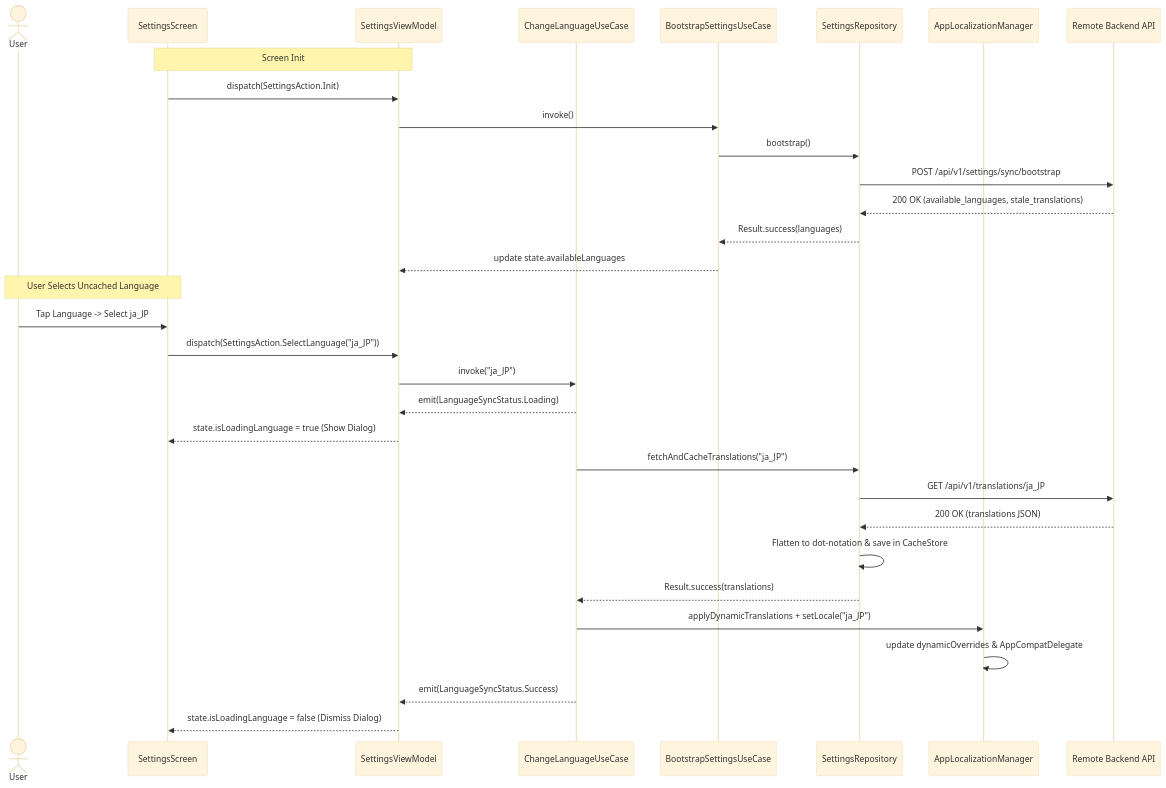
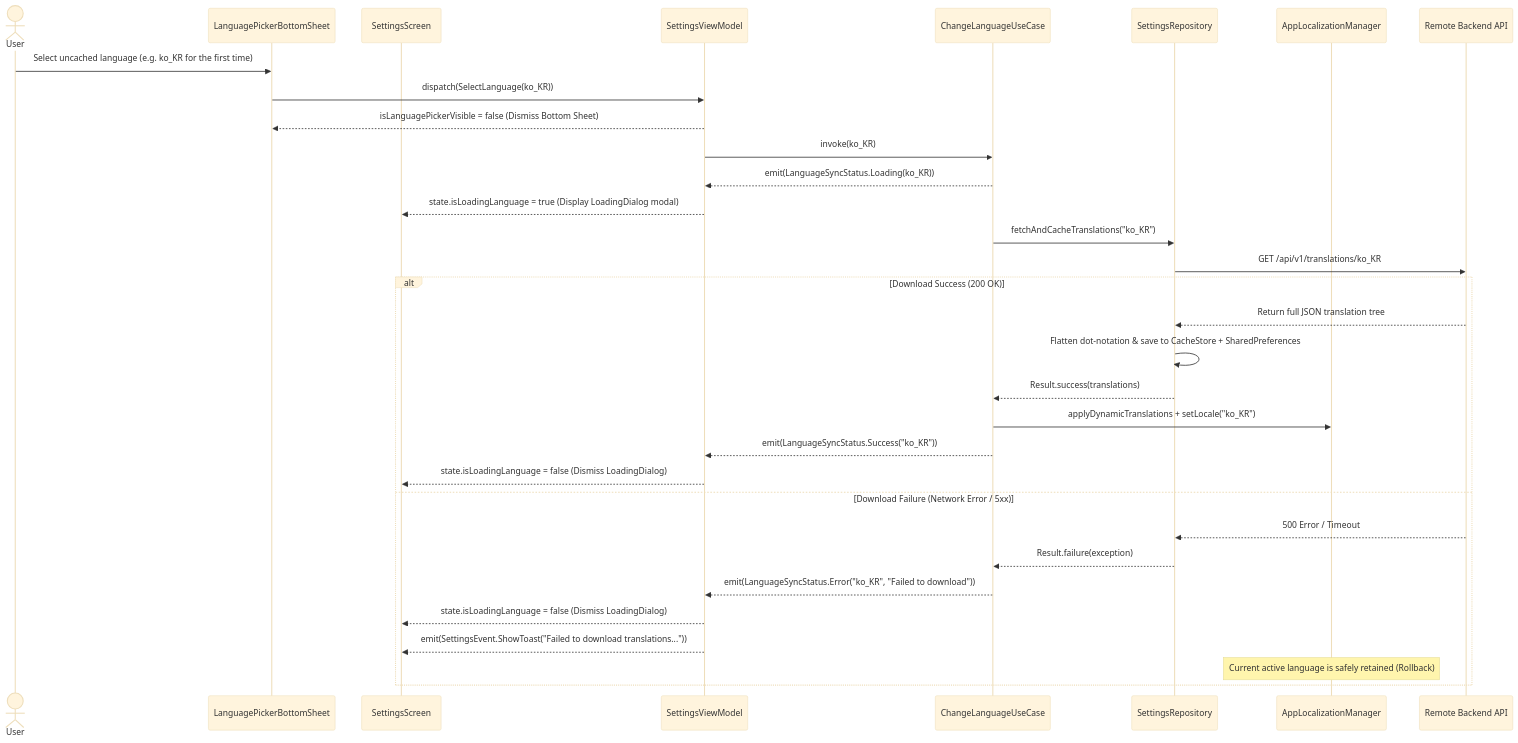
Before and after one commit to DanhDue/android_digital_wallet: the sixth of 6 diagrams in .devtool/epic/settings_language_darkmode/settings_language_darkmode.en.md, drawn with Mermaid (base theme). The commit also changed other lines of this file and 61 other files, not shown here.

Commit message:
[SETTINGS-LANGUAGE-DARKMODE] fix bugs and update use cases.

````diff
--- a/.devtool/epic/settings_language_darkmode/settings_language_darkmode.en.md
+++ b/.devtool/epic/settings_language_darkmode/settings_language_darkmode.en.md
@@ -88,36 +227,37 @@
 ```mermaid
 sequenceDiagram
     actor User
+    participant Sheet as LanguagePickerBottomSheet
     participant Screen as SettingsScreen
     participant VM as SettingsViewModel
     participant ChangeUC as ChangeLanguageUseCase
-    participant BootUC as BootstrapSettingsUseCase
     participant Repo as SettingsRepository
     participant LocMgr as AppLocalizationManager
     participant API as Remote Backend API
 
-    Note over Screen,VM: Screen Init
-    Screen->>VM: dispatch(SettingsAction.Init)
-    VM->>BootUC: invoke()
-    BootUC->>Repo: bootstrap()
-    Repo->>API: POST /api/v1/settings/sync/bootstrap
-    API-->>Repo: 200 OK (available_languages, stale_translations)
-    Repo-->>BootUC: Result.success(languages)
-    BootUC-->>VM: update state.availableLanguages
+    User->>Sheet: Select uncached language (e.g. ko_KR for the first time)
+    Sheet->>VM: dispatch(SelectLanguage(ko_KR))
+    VM-->>Sheet: isLanguagePickerVisible = false (Dismiss Bottom Sheet)
+    VM->>ChangeUC: invoke(ko_KR)
+    ChangeUC-->>VM: emit(LanguageSyncStatus.Loading(ko_KR))
+    VM-->>Screen: state.isLoadingLanguage = true (Display LoadingDialog modal)
 
-    Note over User,Screen: User Selects Uncached Language
-    User->>Screen: Tap Language -> Select ja_JP
-    Screen->>VM: dispatch(SettingsAction.SelectLanguage("ja_JP"))
-    VM->>ChangeUC: invoke("ja_JP")
-    ChangeUC-->>VM: emit(LanguageSyncStatus.Loading)
-    VM-->>Screen: state.isLoadingLanguage = true (Show Dialog)
-    ChangeUC->>Repo: fetchAndCacheTranslations("ja_JP")
-    Repo->>API: GET /api/v1/translations/ja_JP
-    API-->>Repo: 200 OK (translations JSON)
-    Repo->>Repo: Flatten to dot-notation & save in CacheStore
-    Repo-->>ChangeUC: Result.success(translations)
-    ChangeUC->>LocMgr: applyDynamicTranslations + setLocale("ja_JP")
-    LocMgr->>LocMgr: update dynamicOverrides & AppCompatDelegate
-    ChangeUC-->>VM: emit(LanguageSyncStatus.Success)
-    VM-->>Screen: state.isLoadingLanguage = false (Dismiss Dialog)
+    ChangeUC->>Repo: fetchAndCacheTranslations("ko_KR")
+    Repo->>API: GET /api/v1/translations/ko_KR
+    
+    alt Download Success (200 OK)
+        API-->>Repo: Return full JSON translation tree
+        Repo->>Repo: Flatten dot-notation & save to CacheStore + SharedPreferences
+        Repo-->>ChangeUC: Result.success(translations)
+        ChangeUC->>LocMgr: applyDynamicTranslations + setLocale("ko_KR")
+        ChangeUC-->>VM: emit(LanguageSyncStatus.Success("ko_KR"))
+        VM-->>Screen: state.isLoadingLanguage = false (Dismiss LoadingDialog)
+    else Download Failure (Network Error / 5xx)
+        API-->>Repo: 500 Error / Timeout
+        Repo-->>ChangeUC: Result.failure(exception)
+        ChangeUC-->>VM: emit(LanguageSyncStatus.Error("ko_KR", "Failed to download"))
+        VM-->>Screen: state.isLoadingLanguage = false (Dismiss LoadingDialog)
+        VM-->>Screen: emit(SettingsEvent.ShowToast("Failed to download translations..."))
+        Note over LocMgr: Current active language is safely retained (Rollback)
+    end
 ```
````
